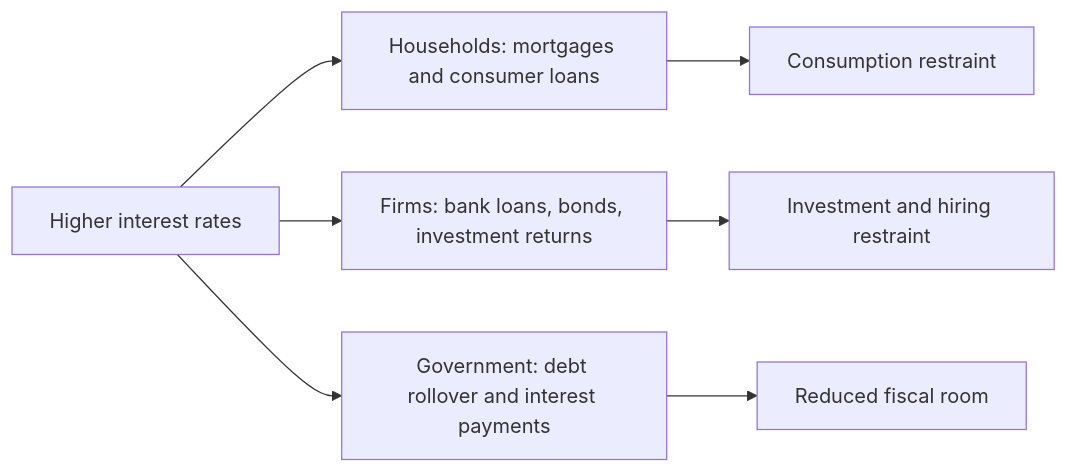
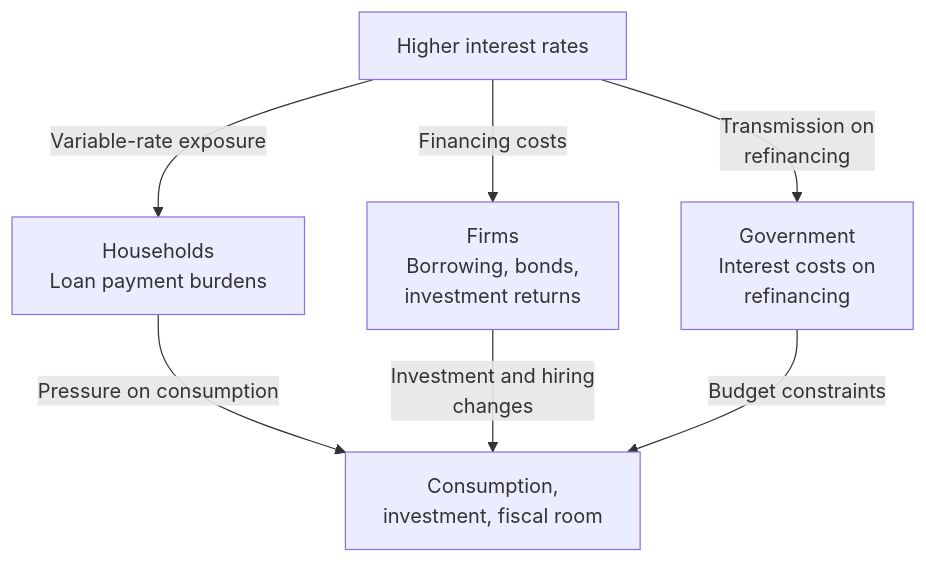
One commit to daylight55/research changed the third of 5 diagrams in articles/report/interest-rate-policy-primer/en/index.mdx. Above: the diagram before and after it, drawn with Mermaid. The commit also changed other lines of this file and 181 other files, not shown here.

First line of the commit message:
全記事の図解368点を再生成し、共通注意書きを削除 (#402)

````diff
--- a/articles/report/interest-rate-policy-primer/en/index.mdx
+++ b/articles/report/interest-rate-policy-primer/en/index.mdx
@@ -84,9 +96,16 @@
 ```mermaid
-flowchart LR
-  R["Higher interest rates"] --> HH["Households: mortgages and consumer loans"]
-  R --> CO["Firms: bank loans, bonds, investment returns"]
-  R --> GOV["Government: debt rollover and interest payments"]
-  HH --> DEM["Consumption restraint"]
-  CO --> INV["Investment and hiring restraint"]
-  GOV --> FISC["Reduced fiscal room"]
+flowchart TD
+  accTitle: How higher rates affect households, firms and government
+  accDescr: Mortgage costs, capital spending and government refinancing transmit burdens through different channels and at different times.
+  N0["Higher interest rates"]
+  N1["Households<br/>Loan payment burdens"]
+  N2["Firms<br/>Borrowing, bonds,<br/>investment returns"]
+  N3["Government<br/>Interest costs on<br/>refinancing"]
+  N4["Consumption,<br/>investment, fiscal room"]
+  N0 -->|Variable-rate exposure| N1
+  N0 -->|Financing costs| N2
+  N0 -->|Transmission on<br/>refinancing| N3
+  N1 -->|Pressure on consumption| N4
+  N2 -->|Investment and hiring<br/>changes| N4
+  N3 -->|Budget constraints| N4
 ```
````
